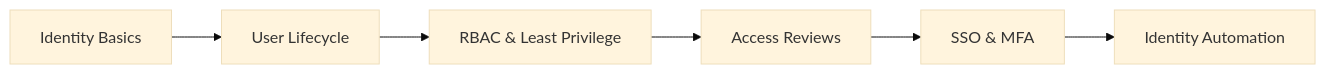
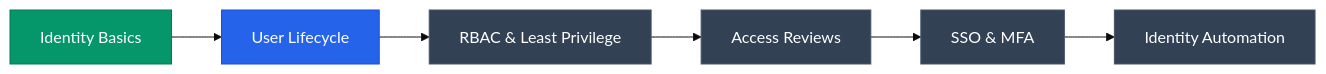
Before and after one commit to vilassonawaneit-wq/vilassonawaneit-wq: the second of 2 diagrams in README.md, drawn with Mermaid (base theme). The commit also changed other lines of this file, not shown here.

````diff
--- a/README.md
+++ b/README.md
@@ -51,8 +97,15 @@
 ```mermaid
 flowchart LR
-  A[Identity Basics] --> B[User Lifecycle]
-  B --> C[RBAC & Least Privilege]
-  C --> D[Access Reviews]
-  D --> E[SSO & MFA]
-  E --> F[Identity Automation]
+  A["Identity Basics"] --> B["User Lifecycle"]
+  B --> C["RBAC & Least Privilege"]
+  C --> D["Access Reviews"]
+  D --> E["SSO & MFA"]
+  E --> F["Identity Automation"]
+
+  classDef done fill:#059669,stroke:#047857,color:#fff;
+  classDef doing fill:#2563eb,stroke:#1d4ed8,color:#fff;
+  classDef todo fill:#334155,stroke:#475569,color:#fff;
+  class A done;
+  class B doing;
+  class C,D,E,F todo;
 ```
````
